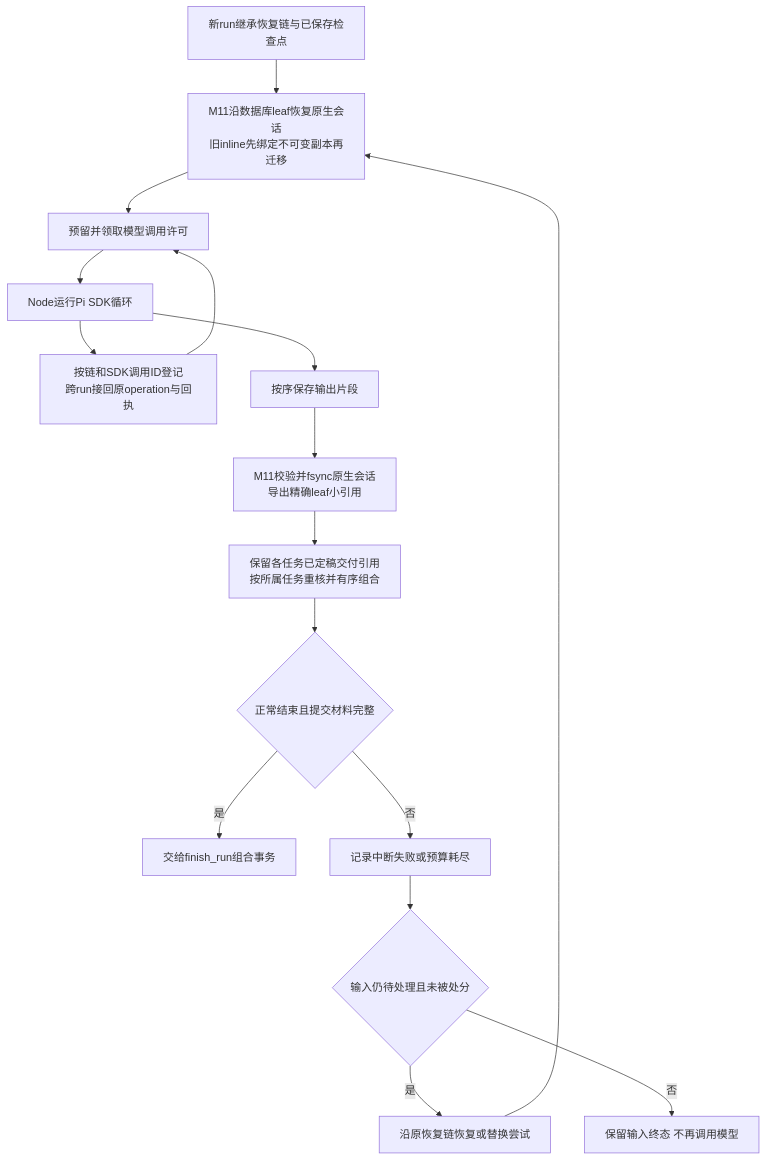
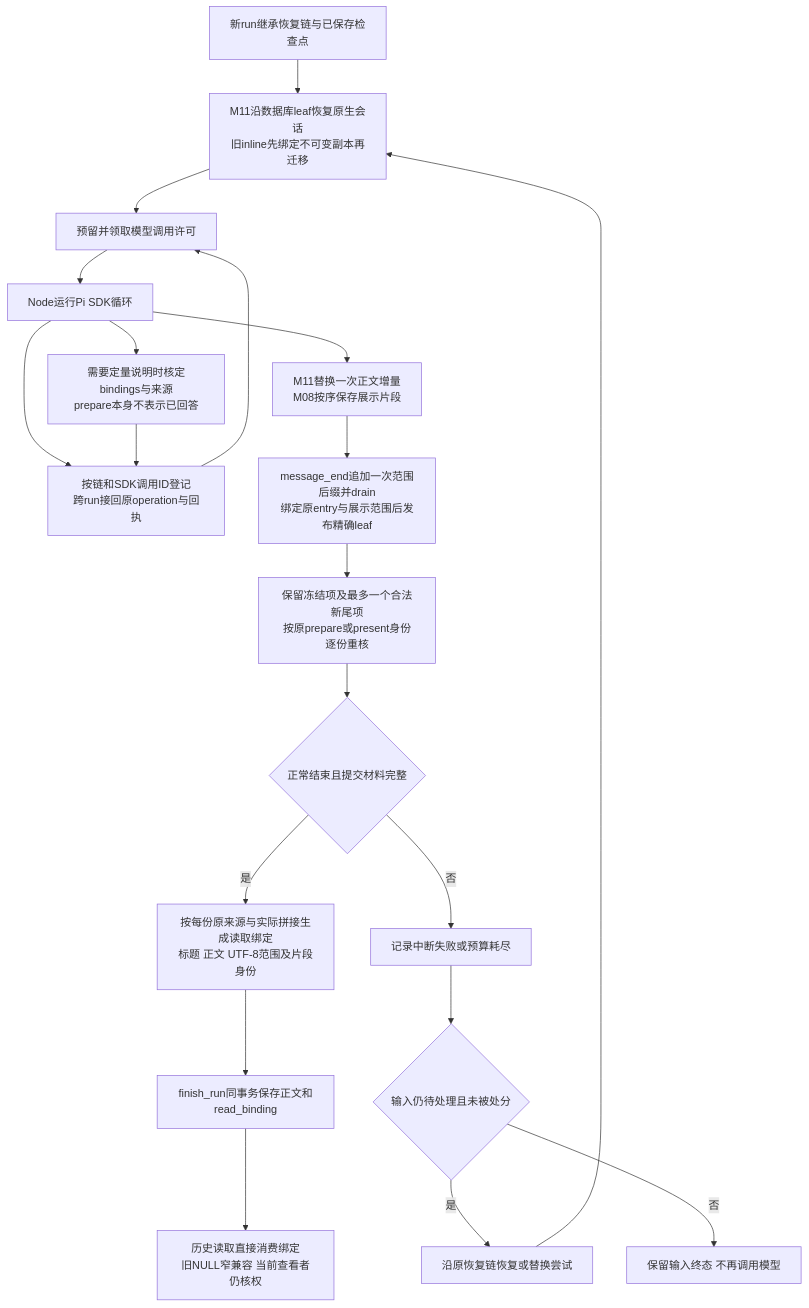
One commit to yaoziyaoguai/data_agent changed the eighth of 8 diagrams in docs/architecture/runtime-modules.md. Above: the diagram before and after it, drawn with Mermaid. The commit also changed other lines of this file and 34 other files, not shown here.

First line of the commit message:
docs: synchronize architecture and local trial guidance

````diff
--- a/docs/architecture/runtime-modules.md
+++ b/docs/architecture/runtime-modules.md
@@ -391,18 +405,22 @@
 ```mermaid
 flowchart TD
   A[新run继承恢复链与已保存检查点] --> Restore[M11沿数据库leaf恢复原生会话<br/>旧inline先绑定不可变副本再迁移]
   Restore --> B[预留并领取模型调用许可]
   B --> C[Node运行Pi SDK循环]
   C --> D[按链和SDK调用ID登记<br/>跨run接回原operation与回执]
   D --> B
-  C --> E[按序保存输出片段]
-  E --> Sync[M11校验并fsync原生会话<br/>导出精确leaf小引用]
-  Sync --> Parts[保留各任务已定稿交付引用<br/>按所属任务重核并有序组合]
+  C --> Prepare[需要定量说明时核定bindings与来源<br/>prepare本身不表示已回答]
+  Prepare --> D
+  C --> E[M11替换一次正文增量<br/>M08按序保存展示片段]
+  E --> Sync[message_end追加一次范围后缀并drain<br/>绑定原entry与展示范围后发布精确leaf]
+  Sync --> Parts[保留冻结项及最多一个合法新尾项<br/>按原prepare或present身份逐份重核]
   Parts --> F{正常结束且提交材料完整}
-  F -->|是| G[交给finish_run组合事务]
+  F -->|是| Binding[按每份原来源与实际拼接生成读取绑定<br/>标题 正文 UTF-8范围及片段身份]
+  Binding --> G[finish_run同事务保存正文和read_binding]
+  G --> Read[历史读取直接消费绑定<br/>旧NULL窄兼容 当前查看者仍核权]
   F -->|否| H[记录中断失败或预算耗尽]
   H --> I{输入仍待处理且未被处分}
   I -->|是| Retry[沿原恢复链恢复或替换尝试]
   I -->|否| Stop[保留输入终态 不再调用模型]
   Retry --> Restore
 ```
````
